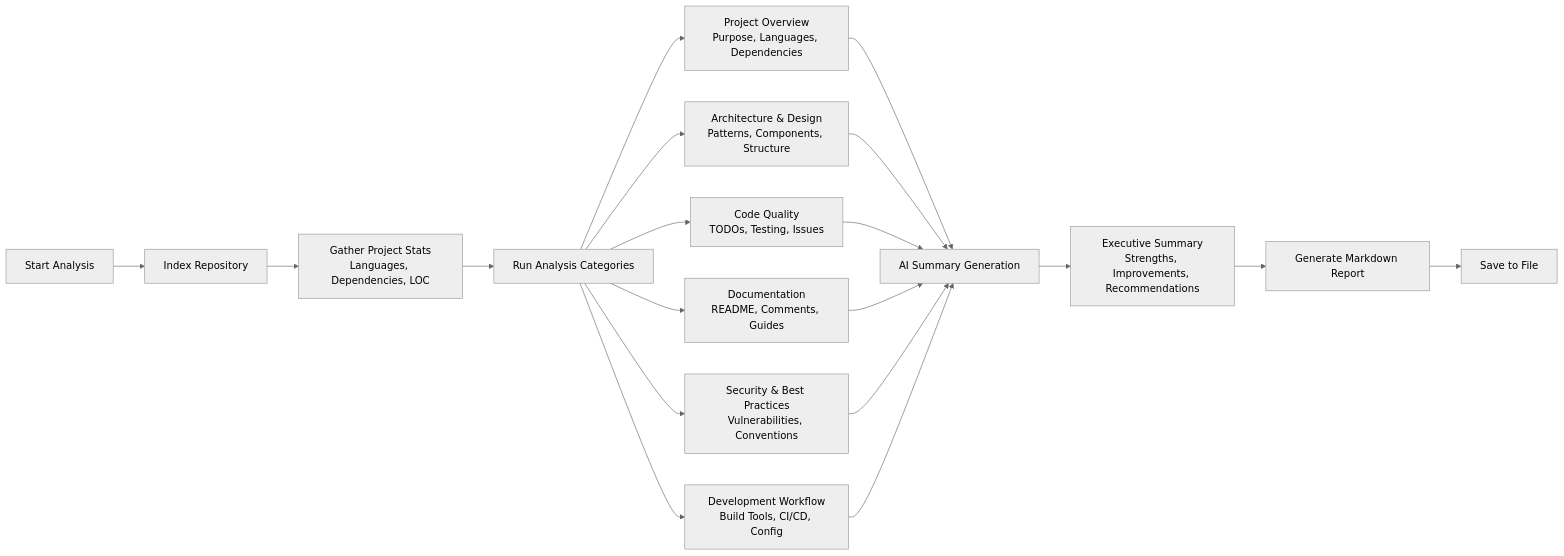
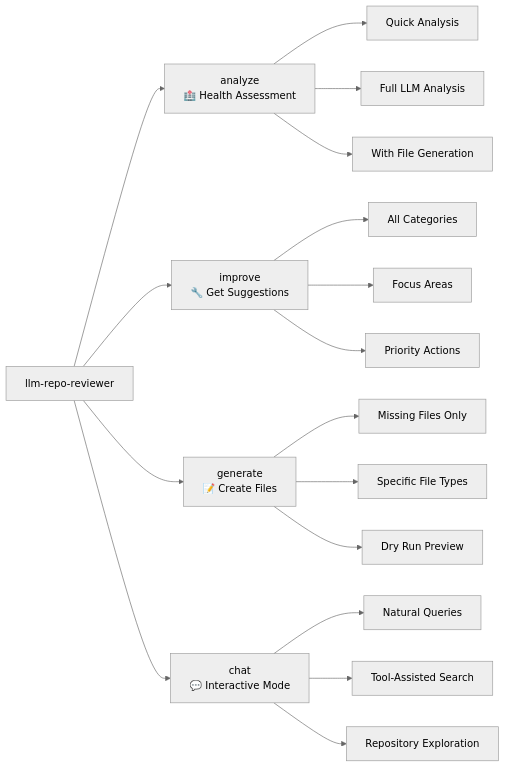
One commit to AoifeHughes/LLM-Repo-Reviewer changed the third of 4 diagrams in README.md. Above: the diagram before and after it, drawn with Mermaid (neutral theme). The commit also changed other lines of this file and 16 other files, not shown here.

First line of the commit message:
Add health analysis tools for LLM integration

````diff
--- a/README.md
+++ b/README.md
@@ -49,24 +115,23 @@
 ```mermaid
-flowchart LR
-    A[Start Analysis] --> B[Index Repository]
-    B --> C[Gather Project Stats<br/>Languages, Dependencies, LOC]
-    C --> D[Run Analysis Categories]
+graph LR
+    A[llm-repo-reviewer] --> B[analyze<br/>🏥 Health Assessment]
+    A --> C[improve<br/>🔧 Get Suggestions]
+    A --> D[generate<br/>📝 Create Files]
+    A --> E[chat<br/>💬 Interactive Mode]
 
-    D --> E[Project Overview<br/>Purpose, Languages, Dependencies]
-    D --> F[Architecture & Design<br/>Patterns, Components, Structure]
-    D --> G[Code Quality<br/>TODOs, Testing, Issues]
-    D --> H[Documentation<br/>README, Comments, Guides]
-    D --> I[Security & Best Practices<br/>Vulnerabilities, Conventions]
-    D --> J[Development Workflow<br/>Build Tools, CI/CD, Config]
+    B --> B1[Quick Analysis]
+    B --> B2[Full LLM Analysis]
+    B --> B3[With File Generation]
 
-    E --> K[AI Summary Generation]
-    F --> K
-    G --> K
-    H --> K
-    I --> K
-    J --> K
+    C --> C1[All Categories]
+    C --> C2[Focus Areas]
+    C --> C3[Priority Actions]
 
-    K --> L[Executive Summary<br/>Strengths, Improvements, Recommendations]
-    L --> M[Generate Markdown Report]
-    M --> N[Save to File]
+    D --> D1[Missing Files Only]
+    D --> D2[Specific File Types]
+    D --> D3[Dry Run Preview]
+
+    E --> E1[Natural Queries]
+    E --> E2[Tool-Assisted Search]
+    E --> E3[Repository Exploration]
 ```
````
